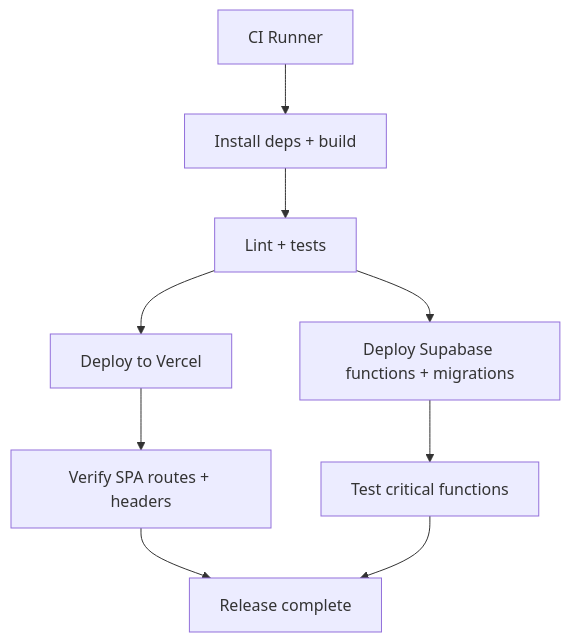
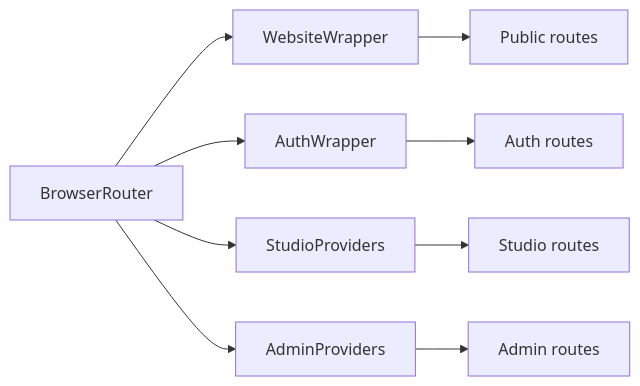
The fifth of 8 diagrams in .qoder/repowiki/en/content/Deployment & DevOps.md (Sebu750/adorzia-studio), drawn with Mermaid before and after one commit. The commit also changed other lines of this file and 327 other files, not shown here.

````diff
--- a/.qoder/repowiki/en/content/Deployment & DevOps.md
+++ b/.qoder/repowiki/en/content/Deployment & DevOps.md
@@ -267,11 +181,11 @@
 ```mermaid
-flowchart TD
-CI["CI Runner"] --> Build["Install deps + build"]
-Build --> Test["Lint + tests"]
-Test --> DeployFE["Deploy to Vercel"]
-Test --> DeployBE["Deploy Supabase functions + migrations"]
-DeployFE --> VerifyFE["Verify SPA routes + headers"]
-DeployBE --> VerifyBE["Test critical functions"]
-VerifyFE --> Done["Release complete"]
-VerifyBE --> Done
+graph LR
+R["BrowserRouter"] --> WS["WebsiteWrapper"]
+R --> AW["AuthWrapper"]
+R --> SP["StudioProviders"]
+R --> AP["AdminProviders"]
+WS --> RoutesWS["Public routes"]
+AW --> RoutesAuth["Auth routes"]
+SP --> RoutesStudio["Studio routes"]
+AP --> RoutesAdmin["Admin routes"]
 ```
````
